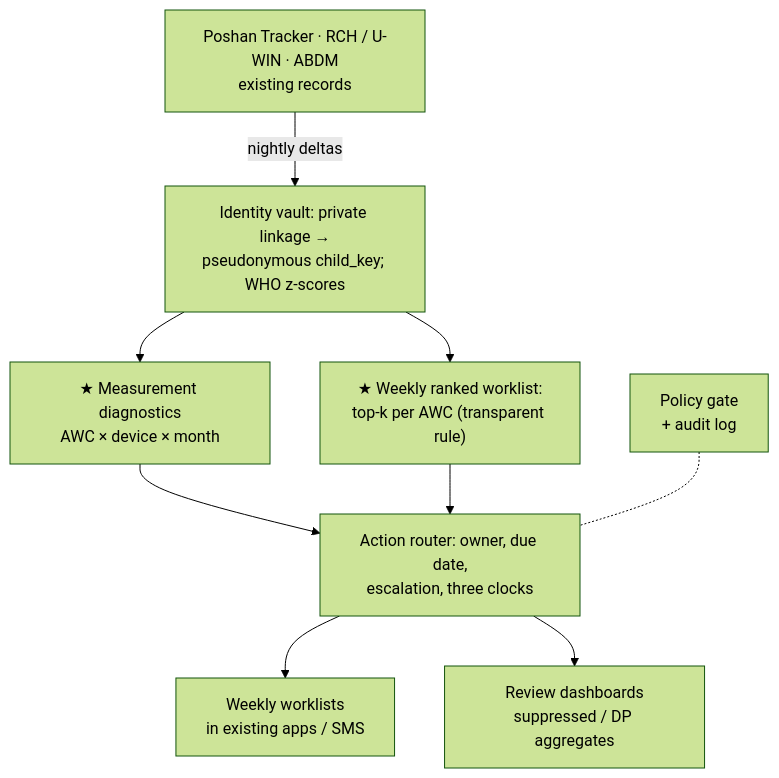
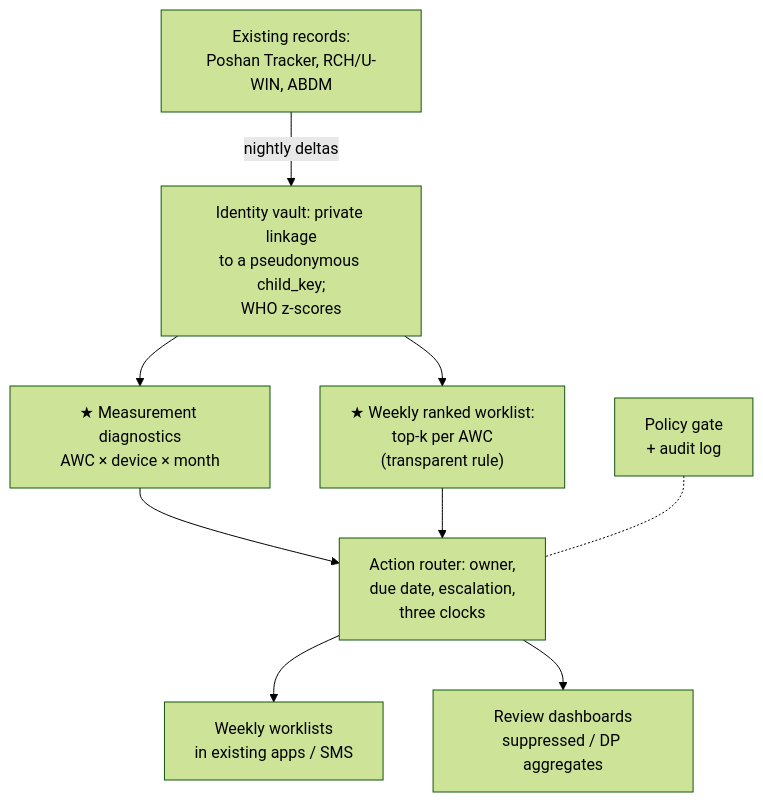
One commit to imdigitalashish/techfest-2026 changed the diagram in india71-t1-nutrition/deliverables/round1-proposal.md. Above: the diagram before and after it, drawn with Mermaid (forest theme). The commit also changed other lines of this file and 11 other files, not shown here.

Commit message:
india71-t1-nutrition: final Round-1 PDF (India71_100_[TeamID].pdf, 6 pp A4 Arial>=11pt), demo with escalation (scope bug fixed), architecture.md/components.md updated, README with reproduce steps, selection memo FINAL (4.2), thought node current

````diff
--- a/india71-t1-nutrition/deliverables/round1-proposal.md
+++ b/india71-t1-nutrition/deliverables/round1-proposal.md
@@ -49,19 +49,19 @@
 ```mermaid
 flowchart TB
-  S["Poshan Tracker · RCH / U-WIN · ABDM<br/>existing records"]
-  V["Identity vault: private linkage →<br/>pseudonymous child_key; WHO z-scores"]
+  S["Existing records:<br/>Poshan Tracker, RCH/U-WIN, ABDM"]
+  V["Identity vault: private linkage<br/>to a pseudonymous child_key;<br/>WHO z-scores"]
   D["★ Measurement diagnostics<br/>AWC × device × month"]
-  E["★ Weekly ranked worklist:<br/>top-k per AWC (transparent rule)"]
-  R["Action router: owner, due date,<br/>escalation, three clocks"]
+  E["★ Weekly ranked worklist:<br/>top-k per AWC<br/>(transparent rule)"]
+  R["Action router: owner,<br/>due date, escalation,<br/>three clocks"]
   G["Policy gate<br/>+ audit log"]
   W["Weekly worklists<br/>in existing apps / SMS"]
   A["Review dashboards<br/>suppressed / DP aggregates"]
   S -->|nightly deltas| V
   V --> D
   V --> E
   D --> R
   E --> R
   G -.- R
   R --> W
   R --> A
 ```
````
